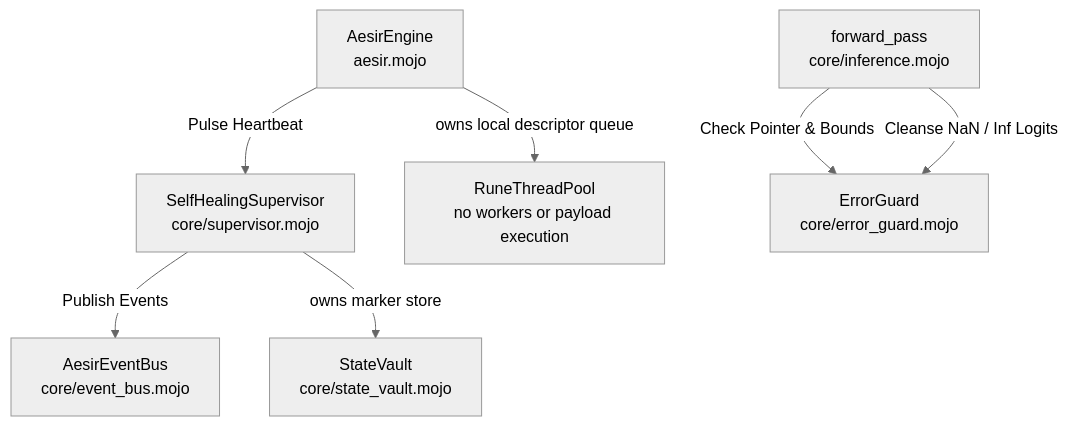
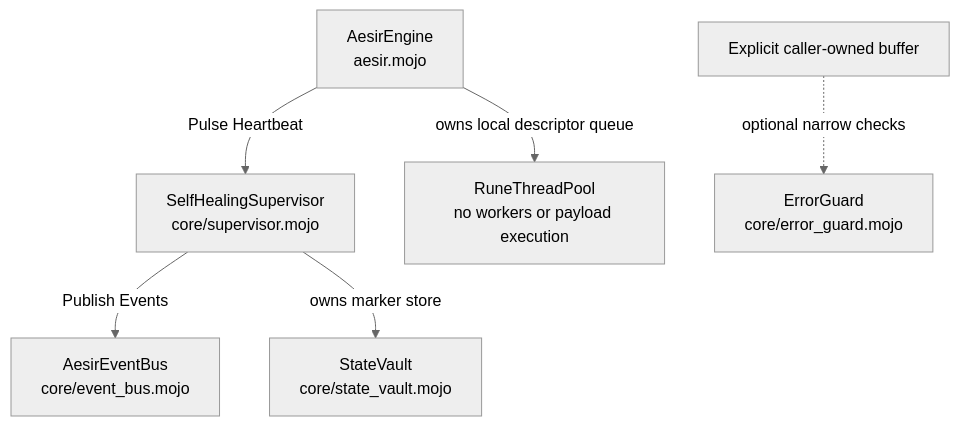
One commit to hrabanazviking/RuneForgeAI-Project-Aesir changed the second of 9 diagrams in docs/ARCHITECTURE.md. Above: the diagram before and after it, drawn with Mermaid (neutral theme). The commit also changed other lines of this file and 5 other files, not shown here.

````diff
--- a/docs/ARCHITECTURE.md
+++ b/docs/ARCHITECTURE.md
@@ -226,11 +226,10 @@
 ```mermaid
 graph TD
     Engine[AesirEngine<br/>aesir.mojo] -->|Pulse Heartbeat| Sup[SelfHealingSupervisor<br/>core/supervisor.mojo]
     Sup -->|Publish Events| Bus[AesirEventBus<br/>core/event_bus.mojo]
     Sup -->|owns marker store| Vault[StateVault<br/>core/state_vault.mojo]
     
-    Inference[forward_pass<br/>core/inference.mojo] -->|Check Pointer & Bounds| Guard[ErrorGuard<br/>core/error_guard.mojo]
-    Inference -->|Cleanse NaN / Inf Logits| Guard
+    Caller[Explicit caller-owned buffer] -.->|optional narrow checks| Guard[ErrorGuard<br/>core/error_guard.mojo]
     
     Engine -->|owns local descriptor queue| Pool[RuneThreadPool<br/>no workers or payload execution]
 ```
````
